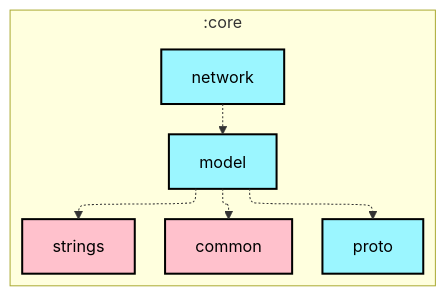
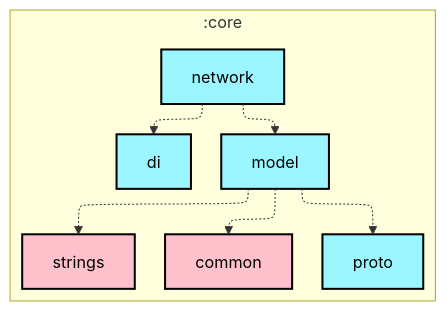
Before and after one commit to meshtastic/Meshtastic-Android: the first of 2 diagrams in core/network/README.md, drawn with Mermaid. The commit also changed 10 other files, not shown here.

First line of the commit message:
chore: Scheduled updates (Firmware, Hardware, Translations, Graphs)

````diff
--- a/core/network/README.md
+++ b/core/network/README.md
@@ -6,32 +6,34 @@
 ```mermaid
 ---
 config:
   layout: elk
   elk:
     nodePlacementStrategy: SIMPLE
 ---
 graph TB
   subgraph :core
     direction TB
     :core:common[common]:::kmp-library
+    :core:di[di]:::android-library
     :core:model[model]:::android-library
     :core:network[network]:::android-library
     :core:proto[proto]:::android-library
     :core:strings[strings]:::kmp-library
   end
 
   :core:model -.-> :core:common
   :core:model -.-> :core:proto
   :core:model -.-> :core:strings
+  :core:network -.-> :core:di
   :core:network -.-> :core:model
 
 classDef android-application fill:#CAFFBF,stroke:#000,stroke-width:2px,color:#000;
 classDef android-application-compose fill:#CAFFBF,stroke:#000,stroke-width:2px,color:#000;
 classDef android-feature fill:#FFD6A5,stroke:#000,stroke-width:2px,color:#000;
 classDef android-library fill:#9BF6FF,stroke:#000,stroke-width:2px,color:#000;
 classDef android-library-compose fill:#9BF6FF,stroke:#000,stroke-width:2px,color:#000;
 classDef android-test fill:#A0C4FF,stroke:#000,stroke-width:2px,color:#000;
 classDef jvm-library fill:#BDB2FF,stroke:#000,stroke-width:2px,color:#000;
 classDef kmp-library fill:#FFC1CC,stroke:#000,stroke-width:2px,color:#000;
 classDef unknown fill:#FFADAD,stroke:#000,stroke-width:2px,color:#000;
 ```
````
